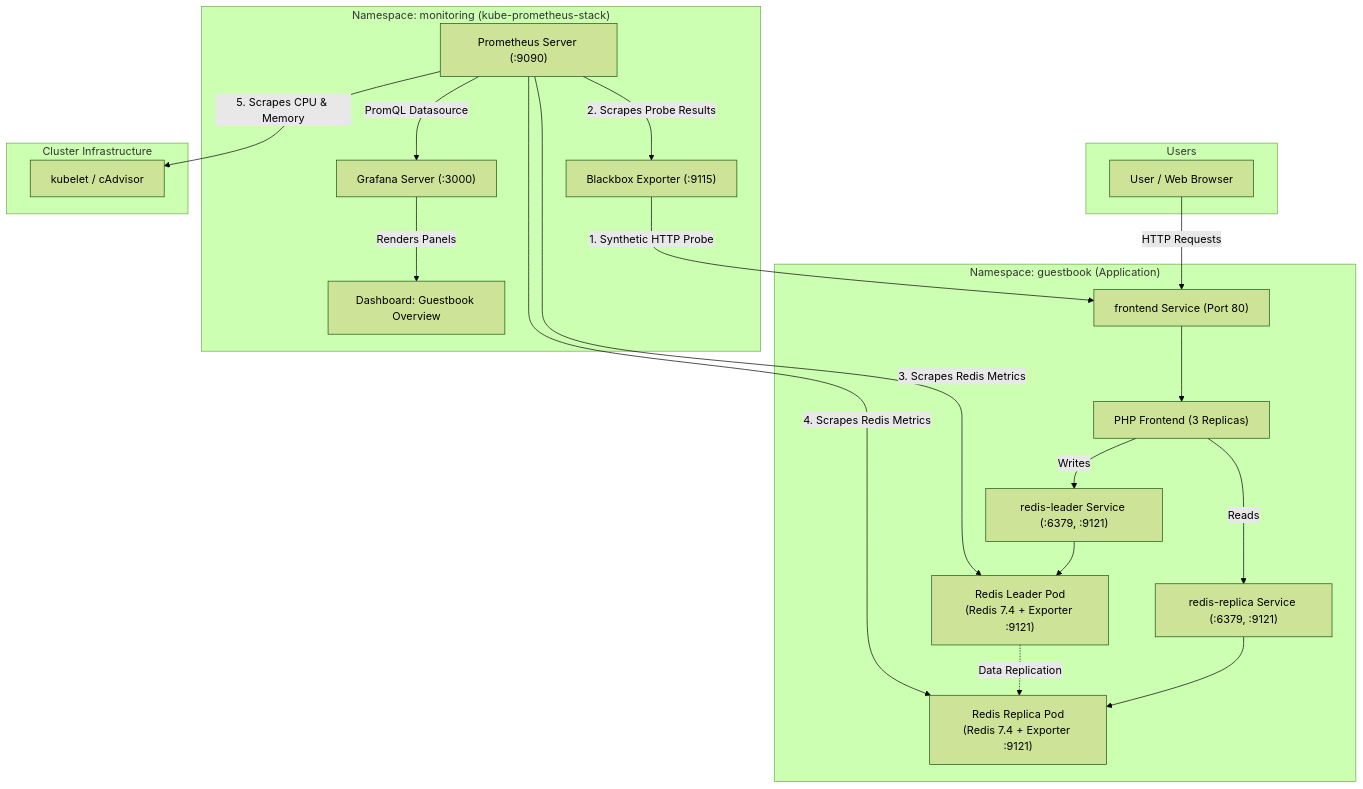
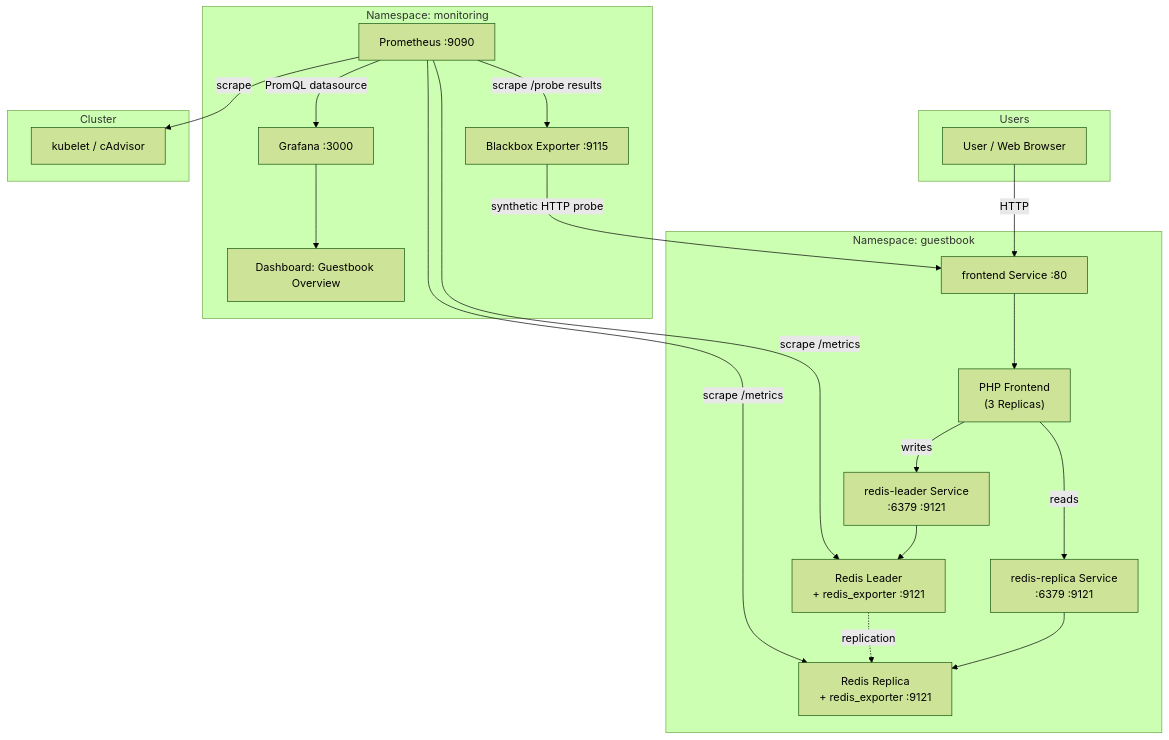
One commit to gtejaswiniatluri/guestbook-monitoring changed the diagram in README.md. Above: the diagram before and after it, drawn with Mermaid (forest theme). The commit also changed other lines of this file, not shown here.

````diff
--- a/README.md
+++ b/README.md
@@ -11,50 +33,40 @@
 ```mermaid
 flowchart TD
     subgraph Client["Users"]
         User["User / Web Browser"]
     end
 
-    subgraph GuestbookNS["Namespace: guestbook (Application)"]
-        FrontendSvc["frontend Service (Port 80)"]
-        FrontendPods["PHP Frontend (3 Replicas)"]
-        
-        LeaderSvc["redis-leader Service (:6379, :9121)"]
-        LeaderPod["Redis Leader Pod\n(Redis 7.4 + Exporter :9121)"]
-        
-        ReplicaSvc["redis-replica Service (:6379, :9121)"]
-        ReplicaPod["Redis Replica Pod\n(Redis 7.4 + Exporter :9121)"]
+    subgraph GuestbookNS["Namespace: guestbook"]
+        FrontendSvc["frontend Service :80"]
+        FrontendPods["PHP Frontend\n(3 Replicas)"]
+        LeaderSvc["redis-leader Service\n:6379  :9121"]
+        LeaderPod["Redis Leader\n+ redis_exporter :9121"]
+        ReplicaSvc["redis-replica Service\n:6379  :9121"]
+        ReplicaPod["Redis Replica\n+ redis_exporter :9121"]
     end
 
-    subgraph MonitoringNS["Namespace: monitoring (kube-prometheus-stack)"]
-        Blackbox["Blackbox Exporter (:9115)"]
-        Prometheus["Prometheus Server (:9090)"]
-        Grafana["Grafana Server (:3000)"]
+    subgraph MonitoringNS["Namespace: monitoring"]
+        Blackbox["Blackbox Exporter :9115"]
+        Prometheus["Prometheus :9090"]
+        Grafana["Grafana :3000"]
         Dashboard["Dashboard: Guestbook Overview"]
     end
 
-    subgraph Cluster["Cluster Infrastructure"]
+    subgraph Infra["Cluster"]
         Cadvisor["kubelet / cAdvisor"]
     end
 
-    %% User & Application Traffic Flow
-    User -->|HTTP Requests| FrontendSvc
+    User -->|HTTP| FrontendSvc
     FrontendSvc --> FrontendPods
-    FrontendPods -->|Writes| LeaderSvc
-    LeaderSvc --> LeaderPod
-    FrontendPods -->|Reads| ReplicaSvc
-    ReplicaSvc --> ReplicaPod
-    LeaderPod -.->|Data Replication| ReplicaPod
+    FrontendPods -->|writes| LeaderSvc --> LeaderPod
+    FrontendPods -->|reads| ReplicaSvc --> ReplicaPod
+    LeaderPod -.->|replication| ReplicaPod
 
-    %% Synthetic Probing
-    Blackbox -->|1. Synthetic HTTP Probe| FrontendSvc
-
-    %% Prometheus Scraping via ServiceMonitors
-    Prometheus -->|2. Scrapes Probe Results| Blackbox
-    Prometheus -->|3. Scrapes Redis Metrics| LeaderPod
-    Prometheus -->|4. Scrapes Redis Metrics| ReplicaPod
-    Prometheus -->|5. Scrapes CPU & Memory| Cadvisor
-
-    %% Visualization Flow
-    Prometheus -->|PromQL Datasource| Grafana
-    Grafana -->|Renders Panels| Dashboard
+    Blackbox -->|synthetic HTTP probe| FrontendSvc
+    Prometheus -->|scrape /probe results| Blackbox
+    Prometheus -->|scrape /metrics| LeaderPod
+    Prometheus -->|scrape /metrics| ReplicaPod
+    Prometheus -->|scrape| Cadvisor
+    Prometheus -->|PromQL datasource| Grafana
+    Grafana --> Dashboard
 ```
````
